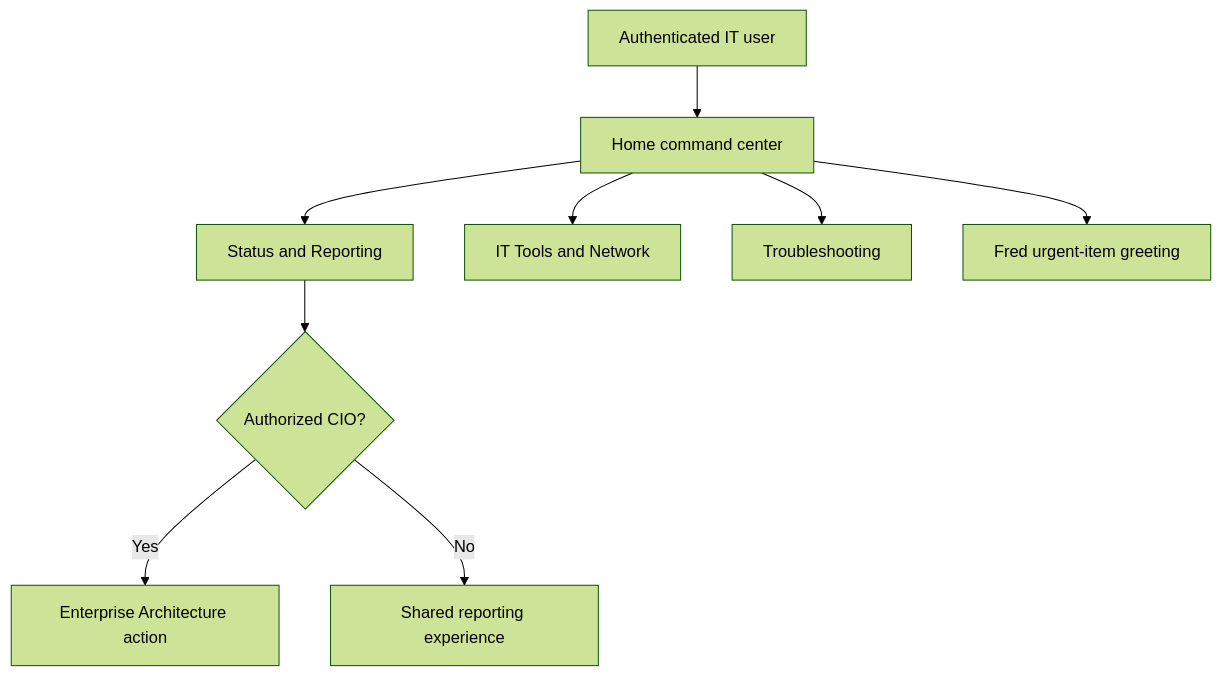
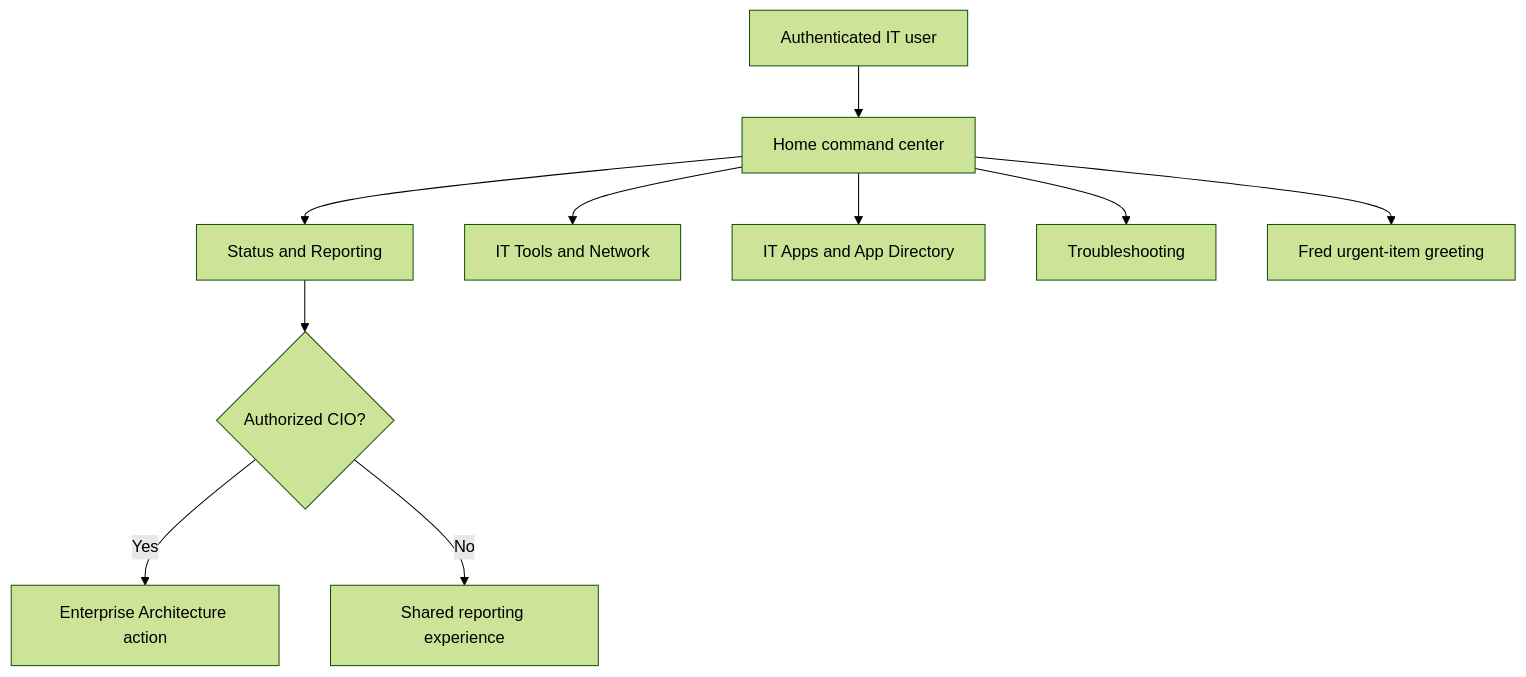
One commit to OlderschCoder/Network-Insight-Hub changed the diagram in docs/shared-it-home.md. Above: the diagram before and after it, drawn with Mermaid (forest theme). The commit also changed other lines of this file and 75 other files, not shown here.

````diff
--- a/docs/shared-it-home.md
+++ b/docs/shared-it-home.md
@@ -7,11 +8,12 @@
 ```mermaid
 flowchart TD
     U[Authenticated IT user] --> H[Home command center]
     H --> S[Status and Reporting]
     H --> N[IT Tools and Network]
+    H --> A[IT Apps and App Directory]
     H --> T[Troubleshooting]
     H --> F[Fred urgent-item greeting]
     S --> R{Authorized CIO?}
     R -->|Yes| E[Enterprise Architecture action]
     R -->|No| W[Shared reporting experience]
 ```
````
